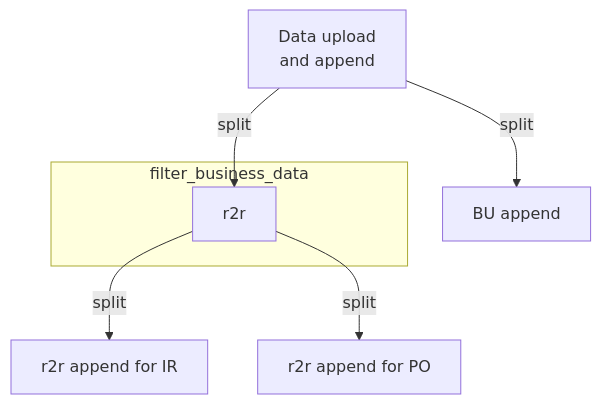
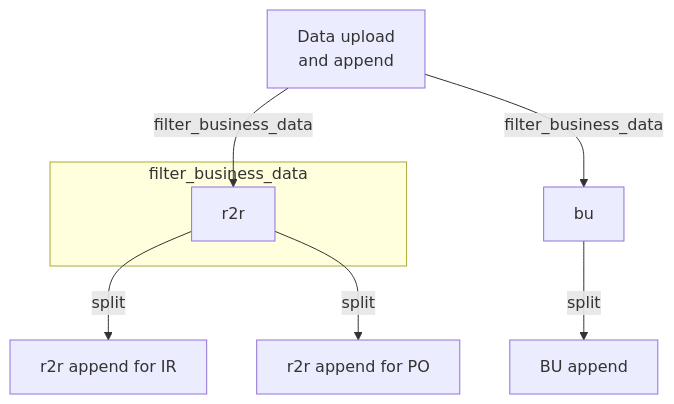
Before and after one commit to eamena-project/eamena-arches-dev: the first of 2 diagrams in dbs/database.eamena/data/README.md, drawn with Mermaid.

````diff
--- a/dbs/database.eamena/data/README.md
+++ b/dbs/database.eamena/data/README.md
@@ -22,16 +22,17 @@
 ```mermaid
 flowchart
   subgraph ide1 [filter_business_data];
   id6[r2r];
   end;
-  id3[Data upload <br>and append] -- split --> id6[r2r];
+  id3[Data upload <br>and append] -- filter_business_data --> id6[r2r];
+  id3 -- filter_business_data --> id8[bu];
   id6 -- split --> id4[r2r append for IR];
   id6 -- split --> id5[r2r append for PO];
-  id3 -- split --> id7[BU append];
+  id8 -- split --> id7[BU append];
   
   click id3 "https://github.com/eamena-project/eamena-arches-dev/blob/main/dbs/database.eamena/data/bulk_data/append/bu_append_to_be_mapped.csv" _blank
   click id5 "https://github.com/eamena-project/eamena-arches-dev/blob/main/dbs/database.eamena/data/business_data_relations/res2res_hp_po.relations" _blank
   click id4 "https://github.com/eamena-project/eamena-arches-dev/blob/main/dbs/database.eamena/data/business_data_relations/res2res_hp_ir.relations" _blank
   click id7 "https://github.com/eamena-project/eamena-arches-dev/blob/main/dbs/database.eamena/data/bulk_data/append/Fazzan_bu_append.csv" _blank
 
 ```
````
